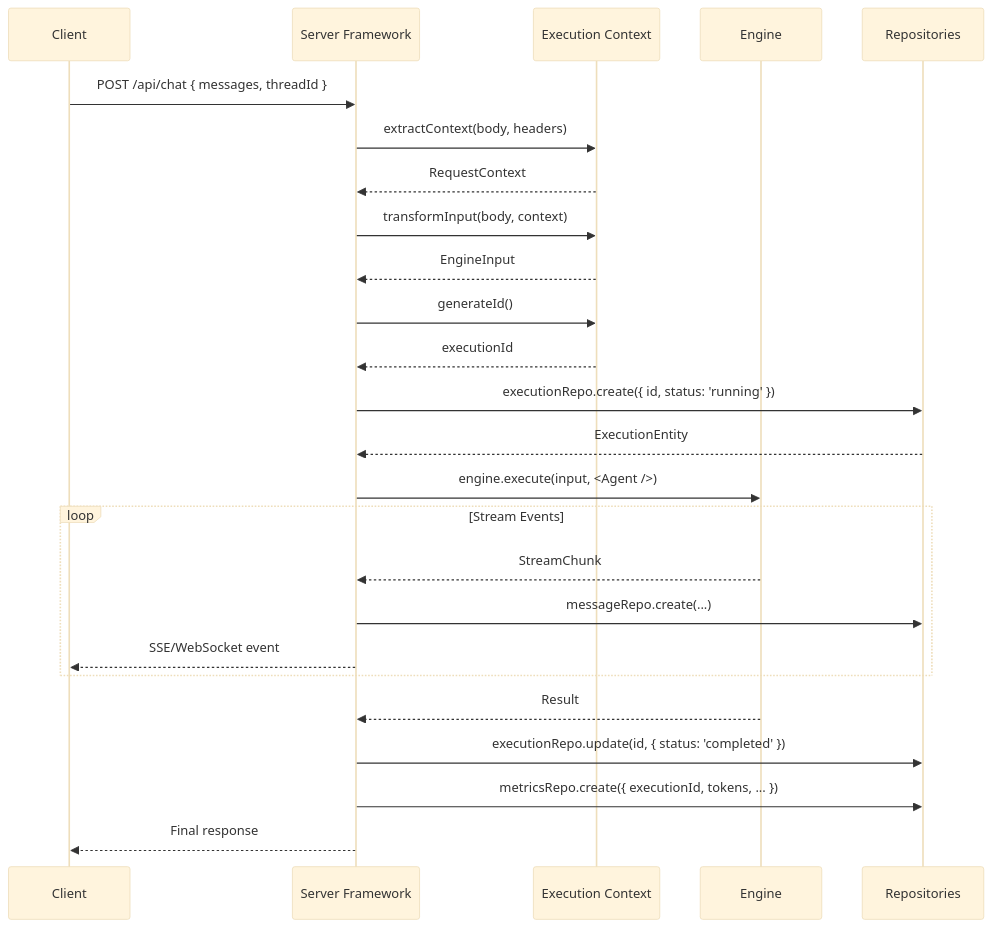
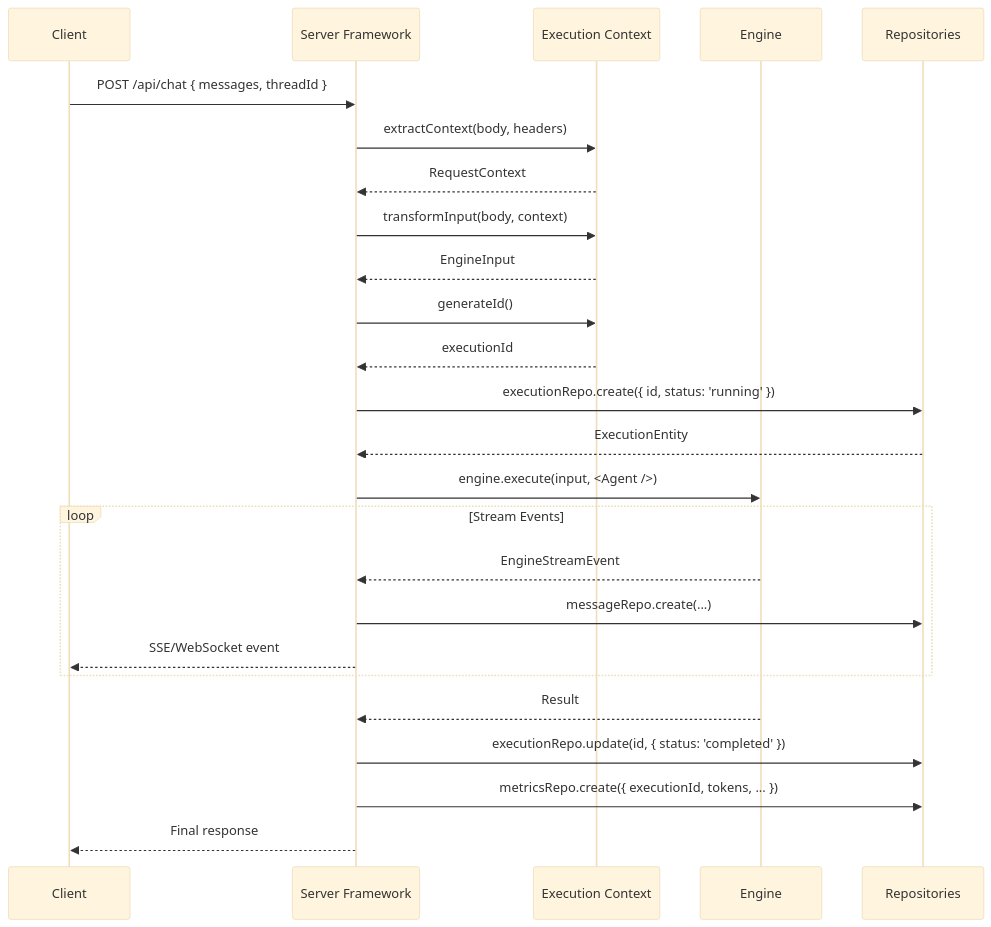
The second of 3 diagrams in packages/server/ARCHITECTURE.md (rlindgren/aidk), drawn with Mermaid (base theme) before and after one commit. The commit also changed 76 other files, not shown here.

````diff
--- a/packages/server/ARCHITECTURE.md
+++ b/packages/server/ARCHITECTURE.md
@@ -528,37 +528,37 @@
 ```mermaid
 sequenceDiagram
     participant Client
     participant Server as Server Framework
     participant CTX as Execution Context
     participant Engine
     participant Repos as Repositories
 
     Client->>Server: POST /api/chat { messages, threadId }
 
     Server->>CTX: extractContext(body, headers)
     CTX-->>Server: RequestContext
 
     Server->>CTX: transformInput(body, context)
     CTX-->>Server: EngineInput
 
     Server->>CTX: generateId()
     CTX-->>Server: executionId
 
     Server->>Repos: executionRepo.create({ id, status: 'running' })
     Repos-->>Server: ExecutionEntity
 
     Server->>Engine: engine.execute(input, <Agent />)
 
     loop Stream Events
-        Engine-->>Server: StreamChunk
+        Engine-->>Server: EngineStreamEvent
         Server->>Repos: messageRepo.create(...)
         Server-->>Client: SSE/WebSocket event
     end
 
     Engine-->>Server: Result
 
     Server->>Repos: executionRepo.update(id, { status: 'completed' })
     Server->>Repos: metricsRepo.create({ executionId, tokens, ... })
 
     Server-->>Client: Final response
 ```
````
